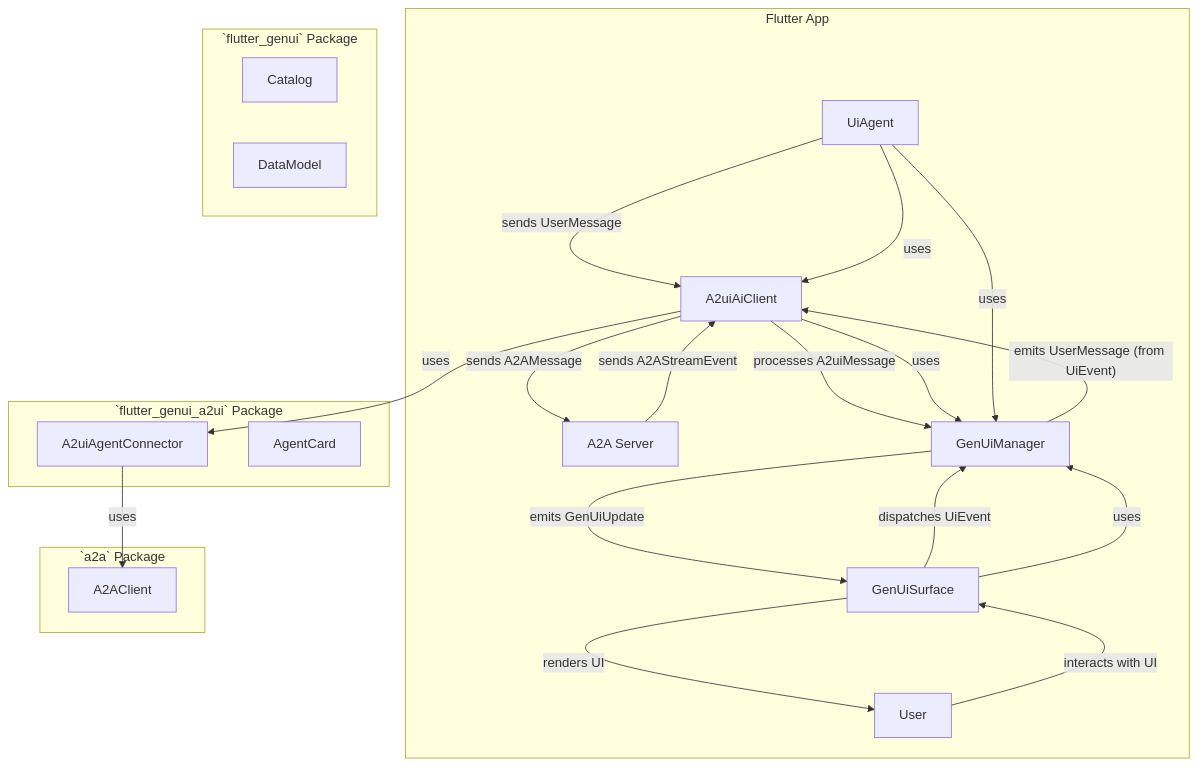
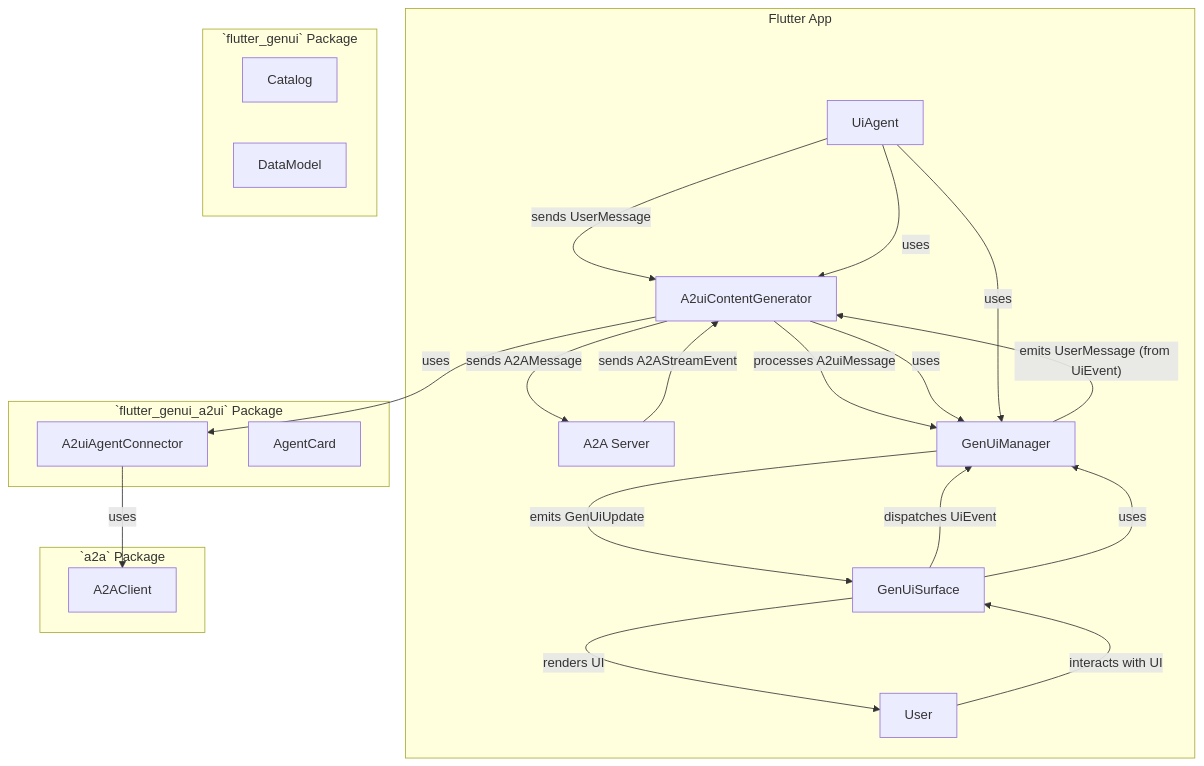
One commit to flutter/genui changed the diagram in packages/flutter_genui_a2ui/DESIGN.md. Above: the diagram before and after it, drawn with Mermaid. The commit also changed other lines of this file and 8 other files, not shown here.

````diff
--- a/packages/flutter_genui_a2ui/DESIGN.md
+++ b/packages/flutter_genui_a2ui/DESIGN.md
@@ -76,39 +76,39 @@
 ```mermaid
 graph TD
     subgraph Flutter App
-        UiAgent -- "sends UserMessage" --> A2uiAiClient
-        A2uiAiClient -- "sends A2AMessage" --> A2A_Server["A2A Server"]
-        A2A_Server -- "sends A2AStreamEvent" --> A2uiAiClient
-        A2uiAiClient -- "processes A2uiMessage" --> GenUiManager
+        UiAgent -- "sends UserMessage" --> A2uiContentGenerator
+        A2uiContentGenerator -- "sends A2AMessage" --> A2A_Server["A2A Server"]
+        A2A_Server -- "sends A2AStreamEvent" --> A2uiContentGenerator
+        A2uiContentGenerator -- "processes A2uiMessage" --> GenUiManager
         GenUiManager -- "emits GenUiUpdate" --> GenUiSurface
         GenUiSurface -- "renders UI" --> User
         User -- "interacts with UI" --> GenUiSurface
         GenUiSurface -- "dispatches UiEvent" --> GenUiManager
-        GenUiManager -- "emits UserMessage (from UiEvent)" --> A2uiAiClient
+        GenUiManager -- "emits UserMessage (from UiEvent)" --> A2uiContentGenerator
     end
 
     subgraph `flutter_genui_a2ui` Package
-        A2uiAiClient
+        A2uiContentGenerator
         A2uiAgentConnector
         AgentCard
     end
 
     subgraph `flutter_genui` Package
         UiAgent
         GenUiManager
         GenUiSurface
         Catalog
         DataModel
     end
 
     subgraph `a2a` Package
         A2AClient
     end
 
-    A2uiAiClient -- uses --> A2uiAgentConnector
+    A2uiContentGenerator -- uses --> A2uiAgentConnector
     A2uiAgentConnector -- uses --> A2AClient
-    A2uiAiClient -- uses --> GenUiManager
-    UiAgent -- uses --> A2uiAiClient
+    A2uiContentGenerator -- uses --> GenUiManager
+    UiAgent -- uses --> A2uiContentGenerator
     UiAgent -- uses --> GenUiManager
     GenUiSurface -- uses --> GenUiManager
 ```
````
